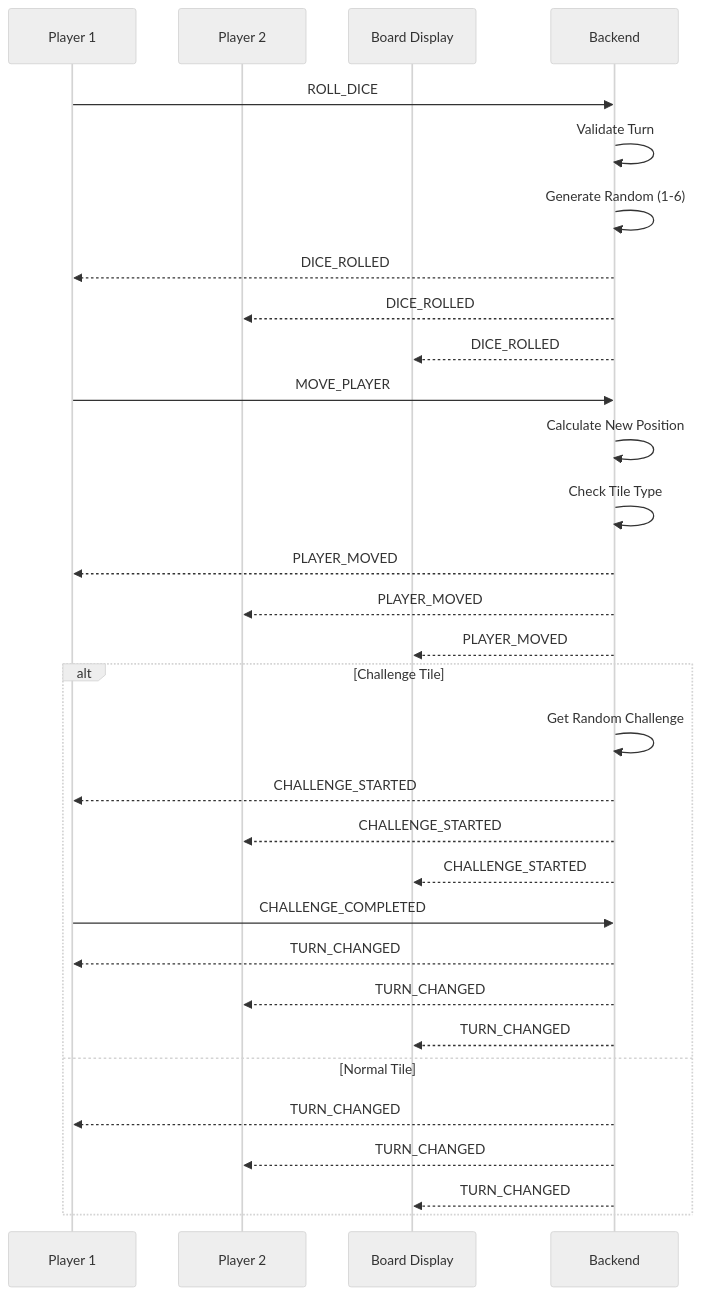
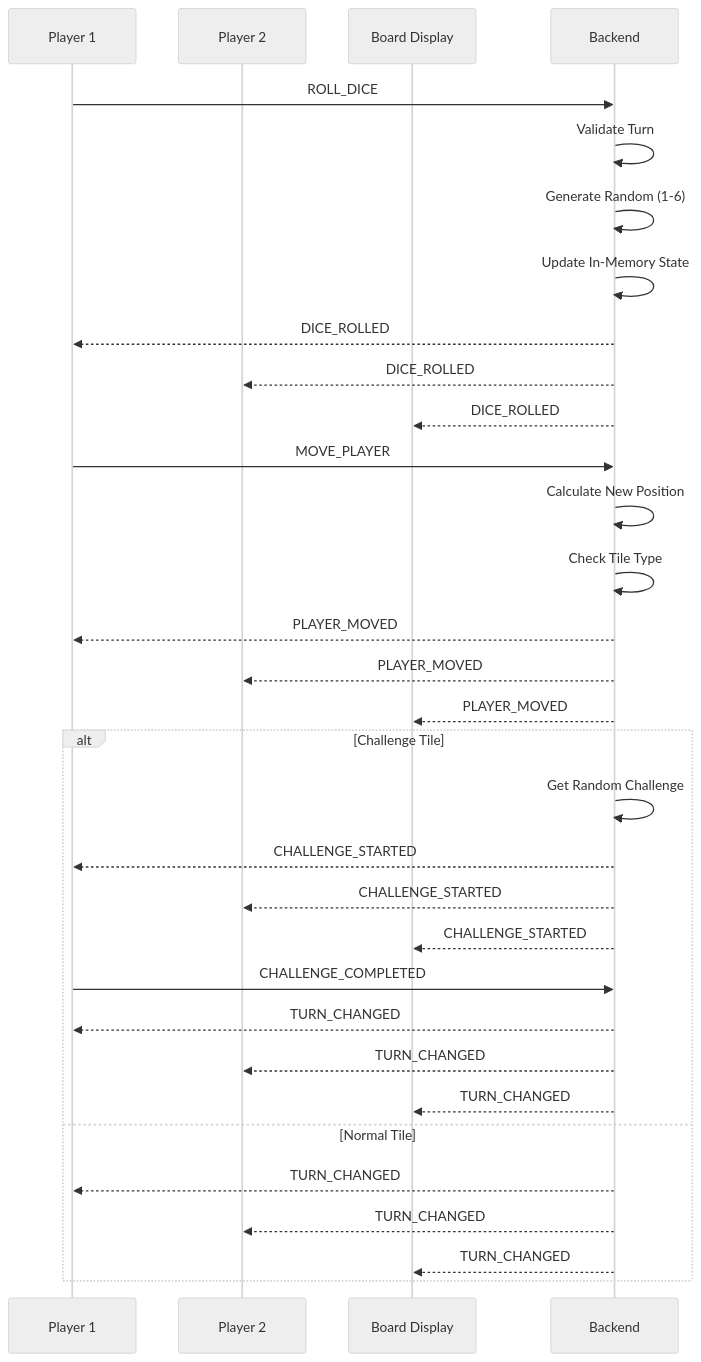
Before and after one commit to balburg/AlexDrikkelek: the third of 4 diagrams in docs/wiki/Architecture.md, drawn with Mermaid (neutral theme). The commit also changed other lines of this file and 2 other files, not shown here.

Commit message:
wiki: update Home, Architecture, and Deployment to remove Redis references

````diff
--- a/docs/wiki/Architecture.md
+++ b/docs/wiki/Architecture.md
@@ -186,36 +185,37 @@
 ```mermaid
 sequenceDiagram
     participant P1 as Player 1
     participant P2 as Player 2
     participant TV as Board Display
     participant B as Backend
     
     P1->>B: ROLL_DICE
     B->>B: Validate Turn
     B->>B: Generate Random (1-6)
+    B->>B: Update In-Memory State
     B-->>P1: DICE_ROLLED
     B-->>P2: DICE_ROLLED
     B-->>TV: DICE_ROLLED
     
     P1->>B: MOVE_PLAYER
     B->>B: Calculate New Position
     B->>B: Check Tile Type
     B-->>P1: PLAYER_MOVED
     B-->>P2: PLAYER_MOVED
     B-->>TV: PLAYER_MOVED
     
     alt Challenge Tile
         B->>B: Get Random Challenge
         B-->>P1: CHALLENGE_STARTED
         B-->>P2: CHALLENGE_STARTED
         B-->>TV: CHALLENGE_STARTED
         P1->>B: CHALLENGE_COMPLETED
         B-->>P1: TURN_CHANGED
         B-->>P2: TURN_CHANGED
         B-->>TV: TURN_CHANGED
     else Normal Tile
         B-->>P1: TURN_CHANGED
         B-->>P2: TURN_CHANGED
         B-->>TV: TURN_CHANGED
     end
 ```
````
